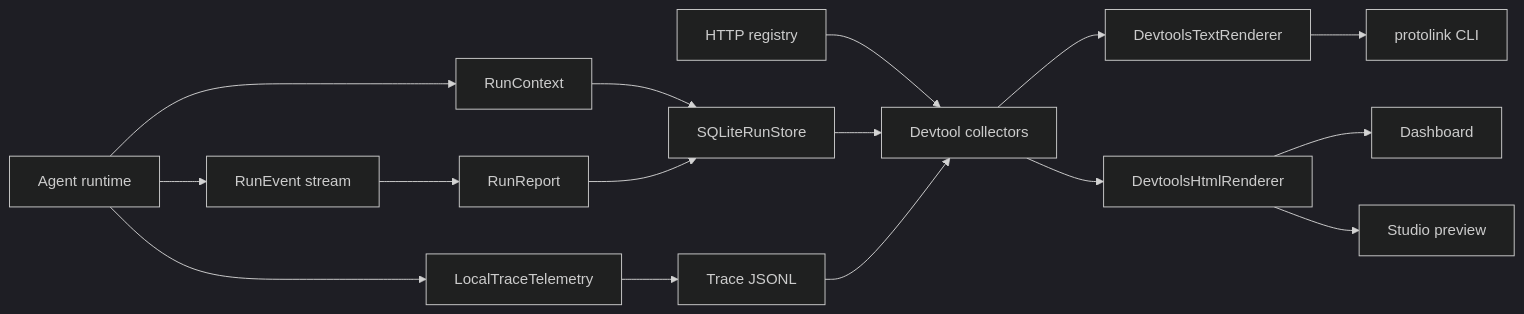
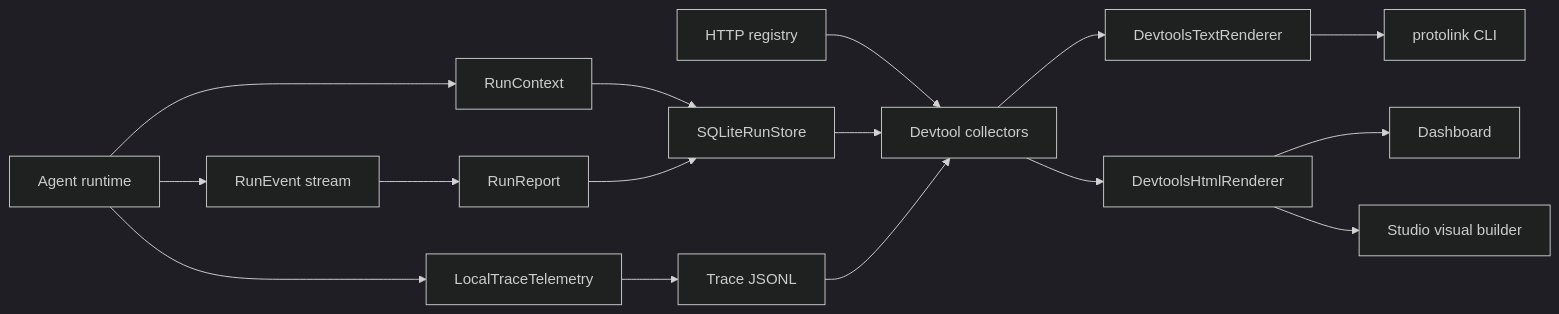
One commit to nMaroulis/protolink changed the first of 2 diagrams in docs/content/devtools.md. Above: the diagram before and after it, drawn with Mermaid (dark theme). The commit also changed other lines of this file and 51 other files, not shown here.

````diff
--- a/docs/content/devtools.md
+++ b/docs/content/devtools.md
@@ -35,18 +35,18 @@
 ```mermaid
 flowchart LR
     Agent["Agent runtime"] --> Context["RunContext"]
     Agent --> Events["RunEvent stream"]
     Events --> Report["RunReport"]
     Context --> Store["SQLiteRunStore"]
     Report --> Store
     Agent --> Telemetry["LocalTraceTelemetry"]
     Telemetry --> TraceFile["Trace JSONL"]
     Registry["HTTP registry"] --> Collectors["Devtool collectors"]
     Store --> Collectors
     TraceFile --> Collectors
     Collectors --> Text["DevtoolsTextRenderer"]
     Collectors --> HTML["DevtoolsHtmlRenderer"]
     Text --> CLI["protolink CLI"]
     HTML --> Dashboard["Dashboard"]
-    HTML --> Studio["Studio preview"]
+    HTML --> Studio["Studio visual builder"]
 ```
````
